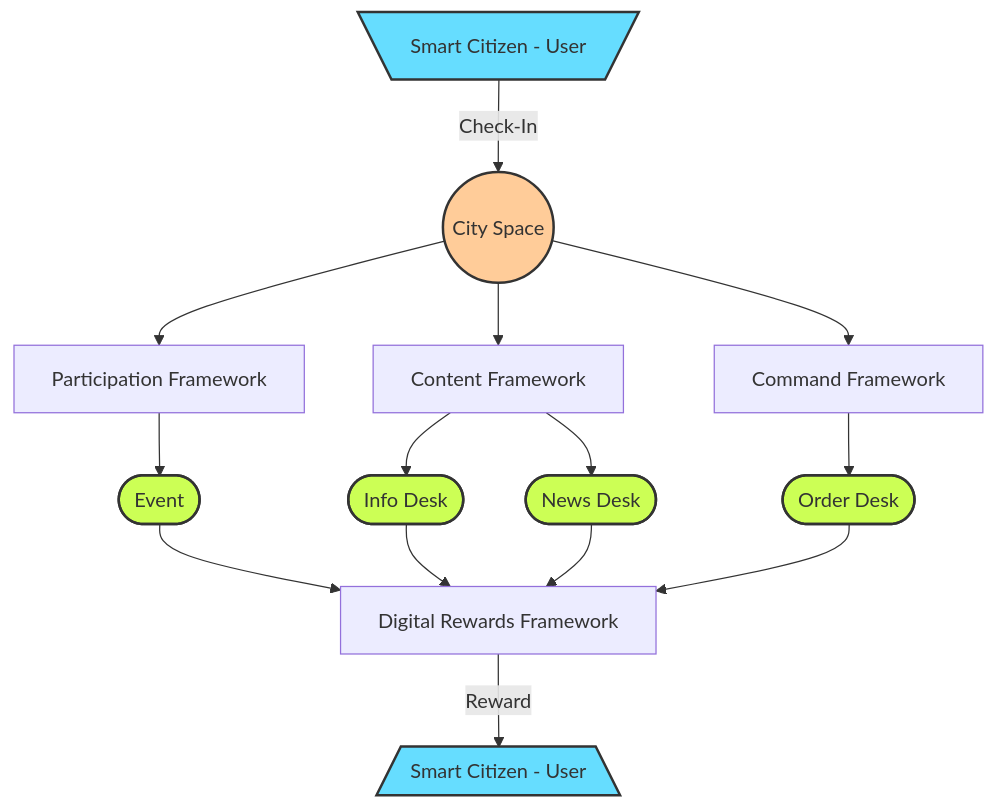
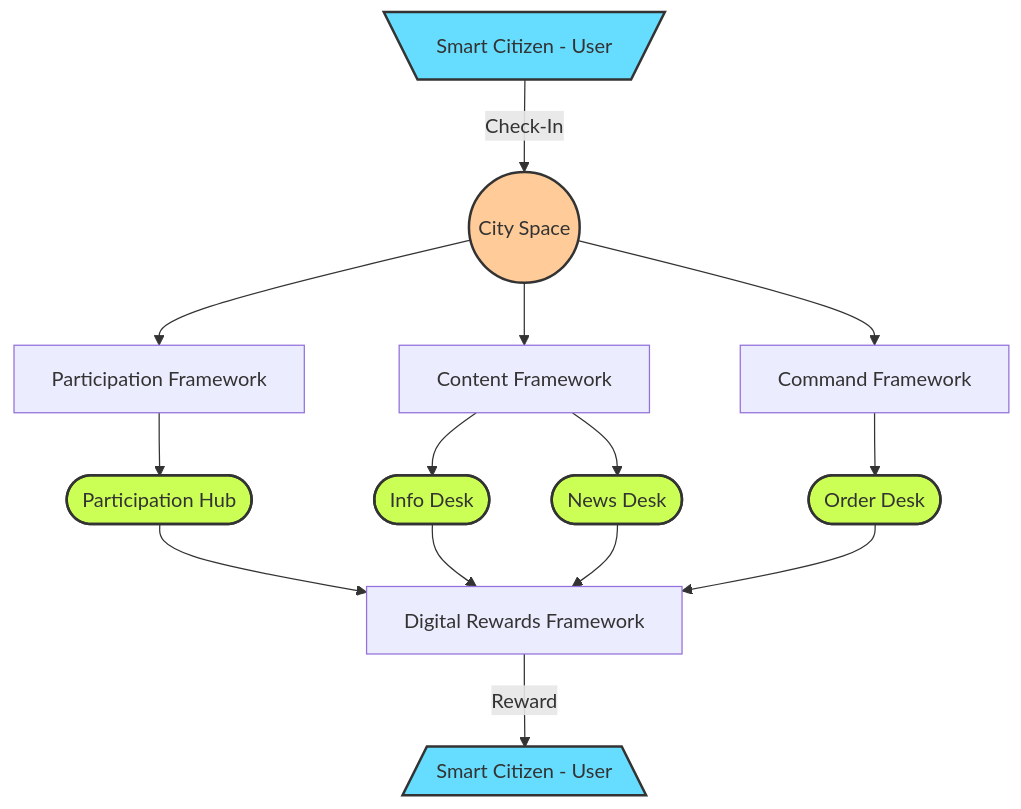
The diagram in pages/roadmap.md (cityos-work/cityos-dev), drawn with Mermaid before and after one commit.

````diff
--- a/pages/roadmap.md
+++ b/pages/roadmap.md
@@ -64,23 +64,23 @@
 ```mermaid
 graph TB;
     USER[\Smart Citizen - User/]-- Check-In -->SPACE((City Space));
     SPACE-->PARTICIPATION[Participation Framework];
     SPACE-->CONTENT[Content Framework];
     SPACE-->COMMAND[Command Framework];
-    PARTICIPATION-->EVENT([Event]);
+    PARTICIPATION-->HUB([Participation Hub]);
     CONTENT-->INFO([Info Desk]);
     CONTENT-->NEWS([News Desk]);
     COMMAND-->ORDER([Order Desk]);
-    EVENT-->REWARDFRAMEWORK[Digital Rewards Framework];
+    HUB-->REWARDFRAMEWORK[Digital Rewards Framework];
     INFO-->REWARDFRAMEWORK;
     NEWS-->REWARDFRAMEWORK;
     ORDER-->REWARDFRAMEWORK;
     REWARDFRAMEWORK-- Reward -->REWARDEDUSER[/Smart Citizen - User\];
     style USER fill:#6df,stroke:#333,stroke-width:2px
     style REWARDEDUSER fill:#6df,stroke:#333,stroke-width:2px
     style SPACE fill:#fc9,stroke:#333,stroke-width:2px
     style ORDER fill:#CF5, stroke:#333,stroke-width:2px
     style INFO fill:#CF5, stroke:#333,stroke-width:2px
     style NEWS fill:#CF5, stroke:#333,stroke-width:2px
-    style EVENT fill:#CF5, stroke:#333,stroke-width:2px 
+    style HUB fill:#CF5, stroke:#333,stroke-width:2px 
 ```
````
